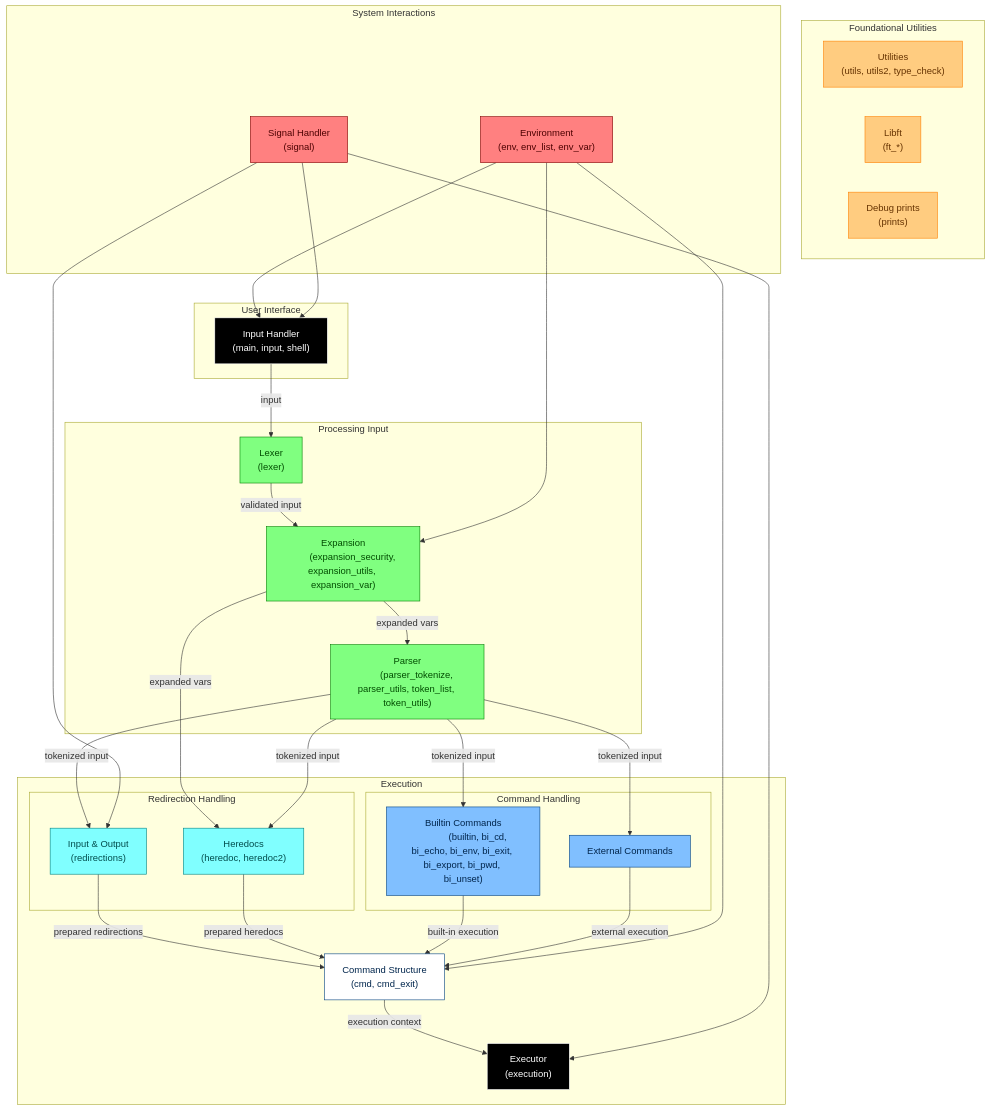
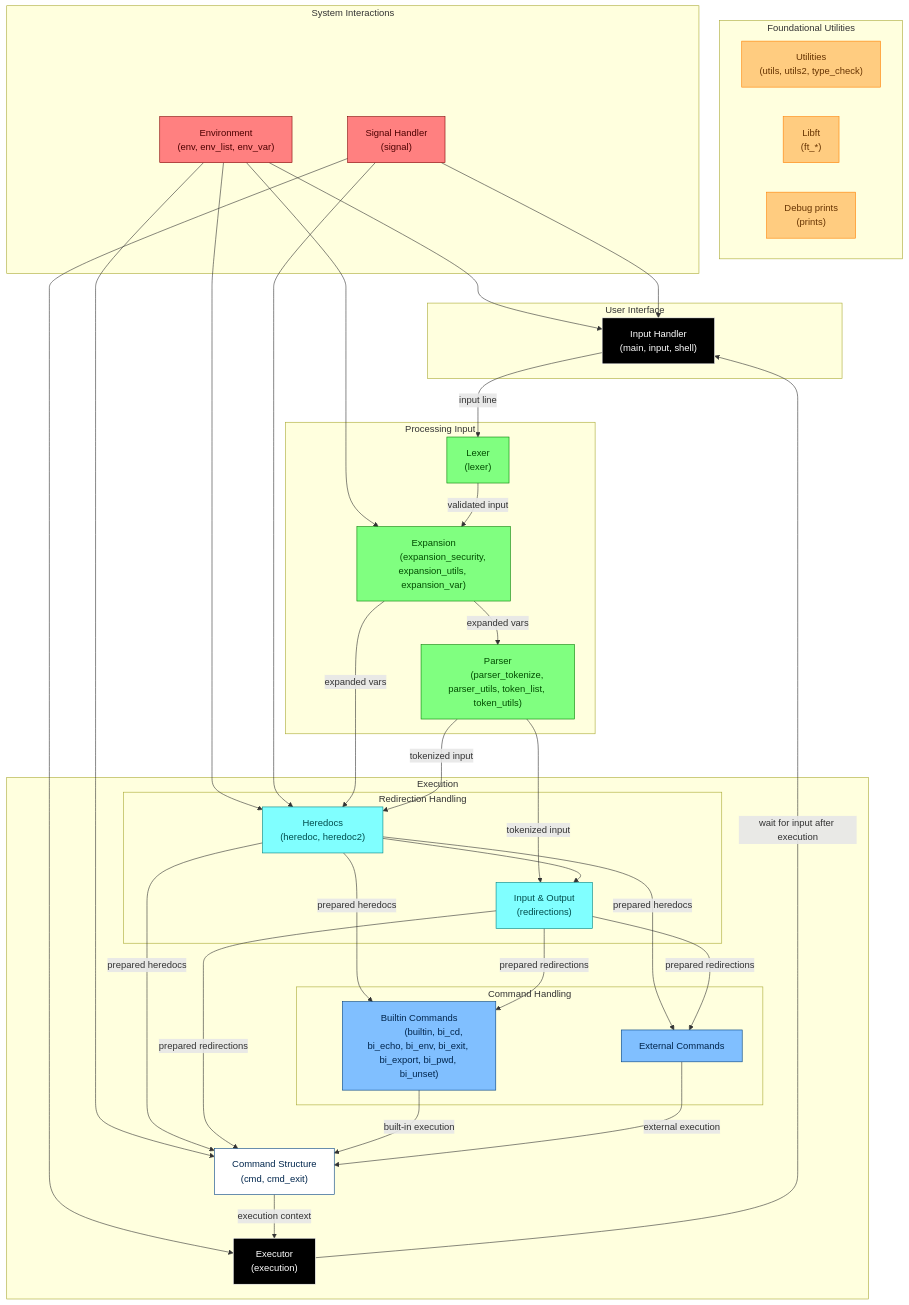
The diagram in README.md (OliverKingz/minishell), drawn with Mermaid before and after one commit.

Commit message:
Fixed flowchart

````diff
--- a/README.md
+++ b/README.md
@@ -84,81 +84,77 @@
 ```mermaid
 graph TB
     direction TB
 
     subgraph "User Interface"
         Input["Input Handler
         (main, input, shell)"]:::black
     end
 
     subgraph "Processing Input"
         Lexer["Lexer
         (lexer)"]:::green
         Expansion["Expansion
         (expansion_security, expansion_utils, expansion_var)"]:::green
         Parser["Parser
         (parser_tokenize, parser_utils, token_list, token_utils)"]:::green
     end
 
     subgraph "Execution"
         subgraph "Redirection Handling"
             Redirection["Input & Output
             (redirections)"]:::turquoise
             Heredocs["Heredocs
             (heredoc, heredoc2)"]:::turquoise
         end
         subgraph "Command Handling"
             Builtin["Builtin Commands
             (builtin, bi_cd, bi_echo, bi_env, bi_exit, bi_export, bi_pwd, bi_unset)"]:::blue
             External["External Commands"]:::blue
         end
         Command["Command Structure
         (cmd, cmd_exit)"]:::dark_blue
         Executor["Executor
         (execution)"]:::black
     end
 
     subgraph "Foundational Utilities"
         Utility["Utilities
         (utils, utils2, type_check)"]:::orange
         Libft["Libft
         (ft_*)"]:::orange
         Debug["Debug prints
         (prints)"]:::orange
     end
 
     subgraph "System Interactions"
         Env["Environment
         (env, env_list, env_var)"]:::red
         Signal["Signal Handler
         (signal)"]:::red
     end
 
-    Input       -->|"input"| Lexer
+    Env --> Input & Expansion & Command & Heredocs
+    Signal --> Input & Heredocs & Executor
+
+    Input       -->|"input line"| Lexer
     Lexer       -->|"validated input"| Expansion
     Expansion   -->|"expanded vars"| Parser & Heredocs
-    Parser      -->|"tokenized input"| Redirection
-    Parser      -->|"tokenized input"| Heredocs
-    Parser      -->|"tokenized input"| Builtin
-    Parser      -->|"tokenized input"| External
-    Redirection -->|"prepared redirections"| Command
-    Heredocs    -->|"prepared heredocs"| Command
+    Parser      -->|"tokenized input"| Heredocs & Redirection
+    Heredocs    --> Redirection
+    Heredocs    -->|"prepared heredocs"| Builtin & External & Command
+    Redirection -->|"prepared redirections"| Builtin & External & Command
     Builtin     -->|"built-in execution"| Command
     External    -->|"external execution"| Command
     Command     -->|"execution context"| Executor
+    Executor    -->|"wait for input after execution"| Input
 
-    Env --> Input
-    Env --> Expansion
-    Env --> Command
-    Signal --> Input
-    Signal --> Redirection
-    Signal --> Executor
 
     classDef white fill:#ffffff,stroke:#000000,stroke-width:1px,color:#000000;
     classDef black fill:#000000,stroke:#ffffff,stroke-width:1px,color:#ffffff;
     classDef green fill:#80ff80,stroke:#008000,stroke-width:1px,color:#004d00;
     classDef blue fill:#80bfff,stroke:#004080,stroke-width:1px,color:#00264d;
     classDef dark_blue fill:#ffffff,stroke:#004080,stroke-width:1px,color:#00264d;
     classDef turquoise fill:#80ffff,stroke:#008080,stroke-width:1px,color:#004d4d;
     classDef orange fill:#ffcc80,stroke:#ff8000,stroke-width:1px,color:#663300;
     classDef red fill:#ff8080,stroke:#800000,stroke-width:1px,color:#4d0000;
 ```
````
